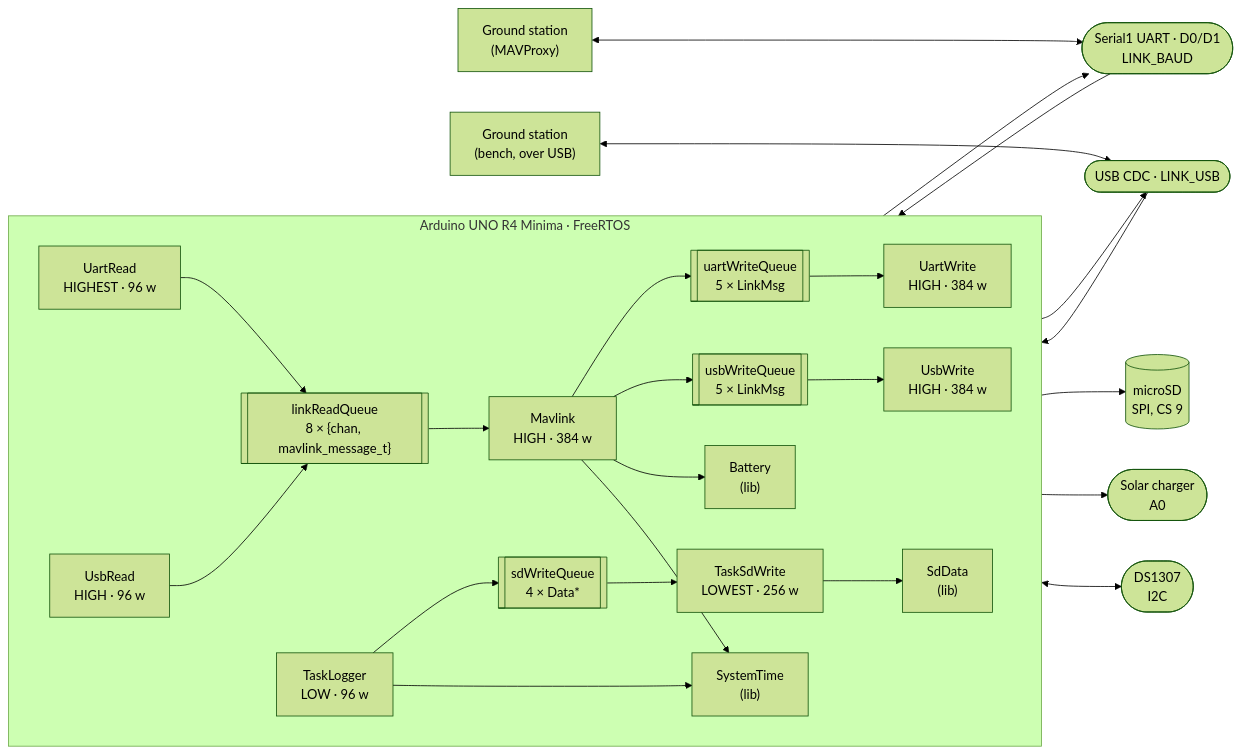
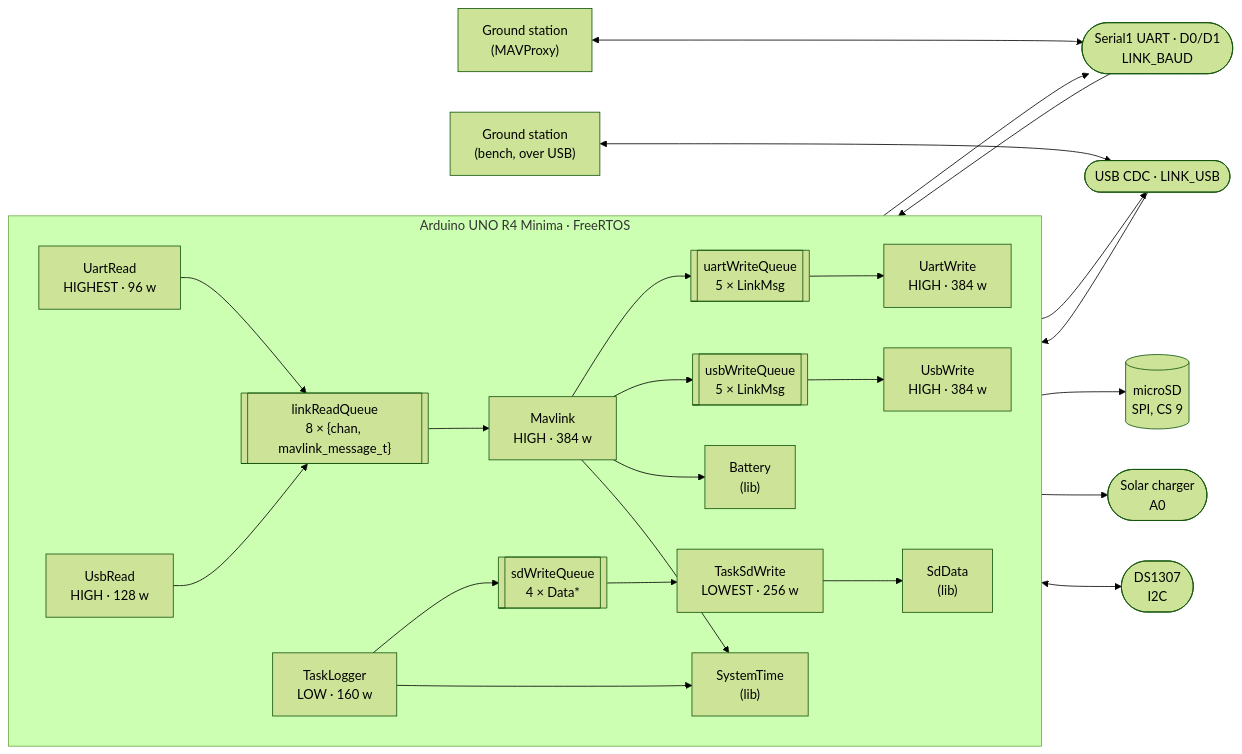
The diagram in ARCHITECTURE.md (hectorespert/BoredomOS), drawn with Mermaid (forest theme) before and after one commit. The commit also changed 8 other files, not shown here.

````diff
--- a/ARCHITECTURE.md
+++ b/ARCHITECTURE.md
@@ -31,53 +31,53 @@
 ```mermaid
 flowchart LR
     GCS["Ground station<br/>(MAVProxy)"]
 
     subgraph board["Arduino UNO R4 Minima · FreeRTOS"]
         direction LR
 
         UR["UartRead<br/>HIGHEST · 96 w"]
         UW["UartWrite<br/>HIGH · 384 w"]
-        BR["UsbRead<br/>HIGH · 96 w"]
+        BR["UsbRead<br/>HIGH · 128 w"]
         BW["UsbWrite<br/>HIGH · 384 w"]
         MV["Mavlink<br/>HIGH · 384 w"]
-        LG["TaskLogger<br/>LOW · 96 w"]
+        LG["TaskLogger<br/>LOW · 160 w"]
         SDW["TaskSdWrite<br/>LOWEST · 256 w"]
 
         RQ[["linkReadQueue<br/>8 × {chan, mavlink_message_t}"]]
         UWQ[["uartWriteQueue<br/>5 × LinkMsg"]]
         BWQ[["usbWriteQueue<br/>5 × LinkMsg"]]
         DQ[["sdWriteQueue<br/>4 × Data*"]]
 
         BAT["Battery<br/>(lib)"]
         ST["SystemTime<br/>(lib)"]
         SDD["SdData<br/>(lib)"]
     end
 
     LINK(["Serial1 UART · D0/D1<br/>LINK_BAUD"])
     USB(["USB CDC · LINK_USB"])
     CARD[("microSD<br/>SPI, CS 9")]
     ADC(["Solar charger<br/>A0"])
     RTC(["DS1307<br/>I2C"])
 
     GCS <--> LINK
     GCS2["Ground station<br/>(bench, over USB)"] <--> USB
 
     LINK --> UR
     UW --> LINK
     USB --> BR
     BW --> USB
 
     UR --> RQ
     BR --> RQ
     RQ --> MV
     MV --> UWQ --> UW
     MV --> BWQ --> BW
 
     LG --> DQ --> SDW
     SDW --> SDD --> CARD
 
     MV --> BAT --> ADC
     MV --> ST
     LG --> ST
     ST <--> RTC
 ```
````
